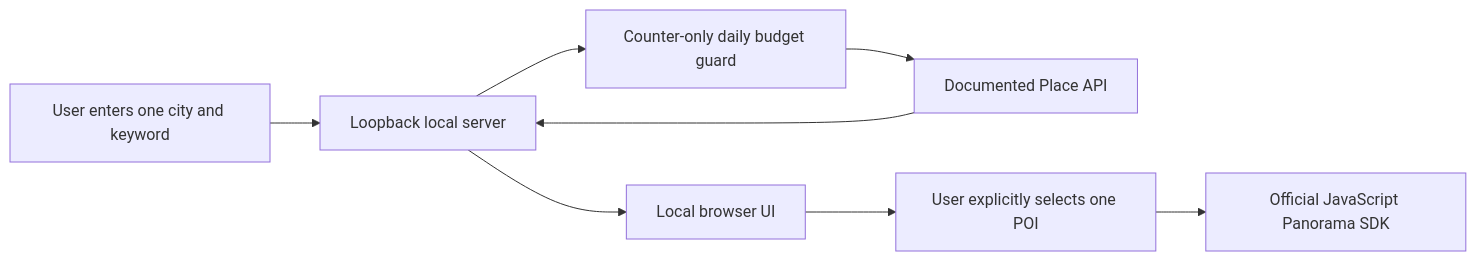
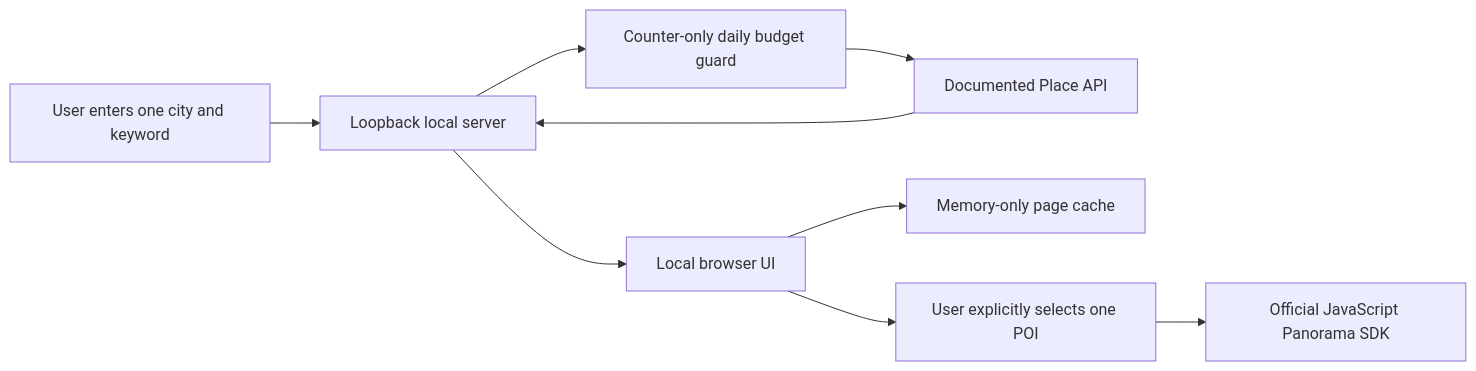
One commit to dingdingzyx/baidu-official-poi-panorama-viewer changed the diagram in docs/architecture.md. Above: the diagram before and after it, drawn with Mermaid. The commit also changed other lines of this file and 24 other files, not shown here.

````diff
--- a/docs/architecture.md
+++ b/docs/architecture.md
@@ -3,10 +3,11 @@
 ```mermaid
 flowchart LR
   U[User enters one city and keyword] --> L[Loopback local server]
   L --> Q[Counter-only daily budget guard]
   Q --> P[Documented Place API]
   P --> L
   L --> B[Local browser UI]
+  B --> C[Memory-only page cache]
   B --> S[User explicitly selects one POI]
   S --> J[Official JavaScript Panorama SDK]
 ```
````
